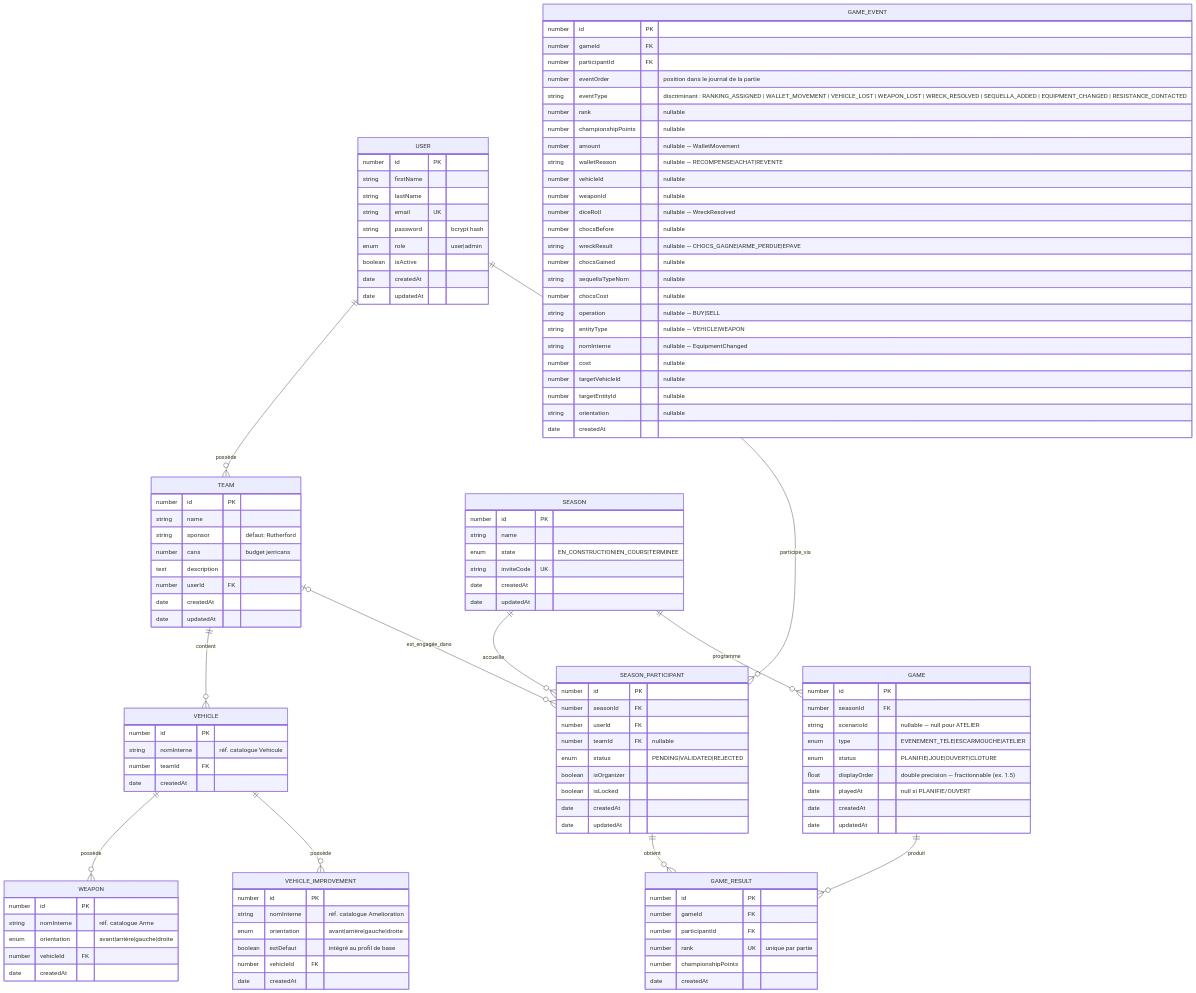
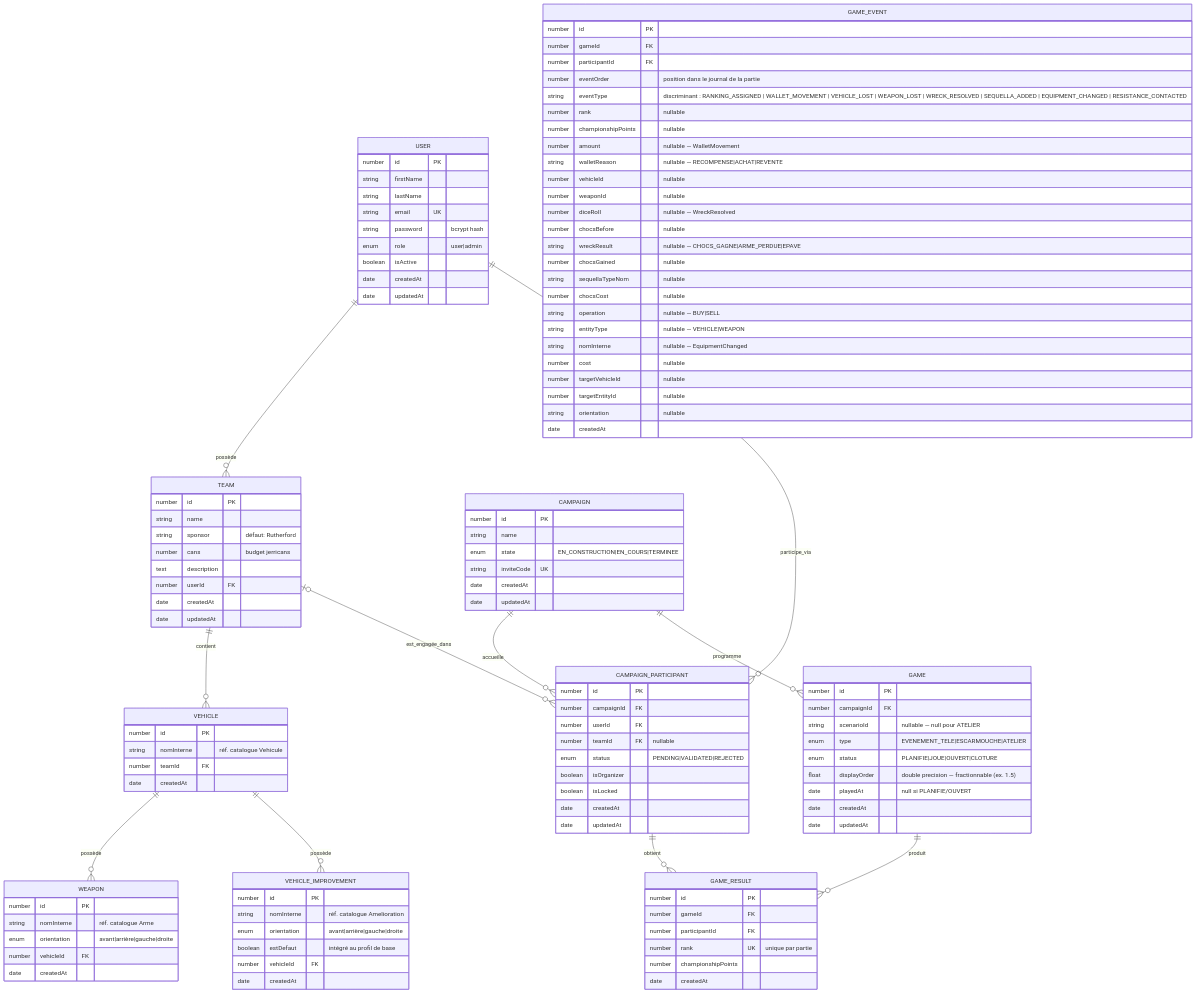
One commit to arnaudbracchetti/gaslands-manager changed the third of 4 diagrams in docs/DOMAIN_MODEL.md. Above: the diagram before and after it, drawn with Mermaid. The commit also changed other lines of this file and 6 other files, not shown here.

First line of the commit message:
docs: aligne la documentation sur le renommage Season → Campaign

```diff
--- a/docs/DOMAIN_MODEL.md
+++ b/docs/DOMAIN_MODEL.md
@@ -251,12 +251,12 @@
     VEHICLE ||--o{ WEAPON : possède
     VEHICLE ||--o{ VEHICLE_IMPROVEMENT : possède
 
-    USER ||--o{ SEASON_PARTICIPANT : participe_via
-    TEAM |o--o{ SEASON_PARTICIPANT : est_engagée_dans
-    SEASON ||--o{ SEASON_PARTICIPANT : accueille
-    SEASON ||--o{ GAME : programme
+    USER ||--o{ CAMPAIGN_PARTICIPANT : participe_via
+    TEAM |o--o{ CAMPAIGN_PARTICIPANT : est_engagée_dans
+    CAMPAIGN ||--o{ CAMPAIGN_PARTICIPANT : accueille
+    CAMPAIGN ||--o{ GAME : programme
     GAME ||--o{ GAME_RESULT : produit
-    SEASON_PARTICIPANT ||--o{ GAME_RESULT : obtient
+    CAMPAIGN_PARTICIPANT ||--o{ GAME_RESULT : obtient
 
     USER {
         number id PK
@@ -305,7 +305,7 @@
         date createdAt
     }
 
-    SEASON {
+    CAMPAIGN {
         number id PK
         string name
         enum state "EN_CONSTRUCTION|EN_COURS|TERMINEE"
@@ -314,9 +314,9 @@
         date updatedAt
     }
 
-    SEASON_PARTICIPANT {
+    CAMPAIGN_PARTICIPANT {
         number id PK
-        number seasonId FK
+        number campaignId FK
         number userId FK
         number teamId FK "nullable"
         enum status "PENDING|VALIDATED|REJECTED"
@@ -328,7 +328,7 @@
 
     GAME {
         number id PK
-        number seasonId FK
+        number campaignId FK
         string scenarioId "nullable — null pour ATELIER"
         enum type "EVENEMENT_TELE|ESCARMOUCHE|ATELIER"
         enum status "PLANIFIE|JOUE|OUVERT|CLOTURE"
```
